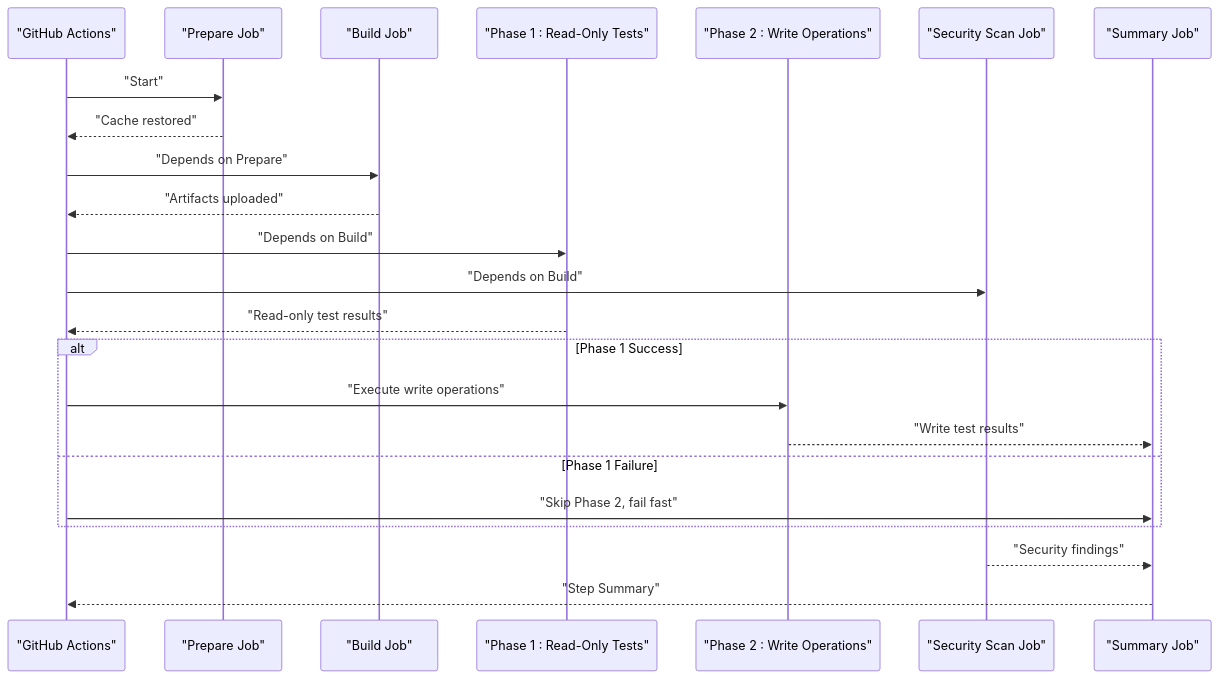
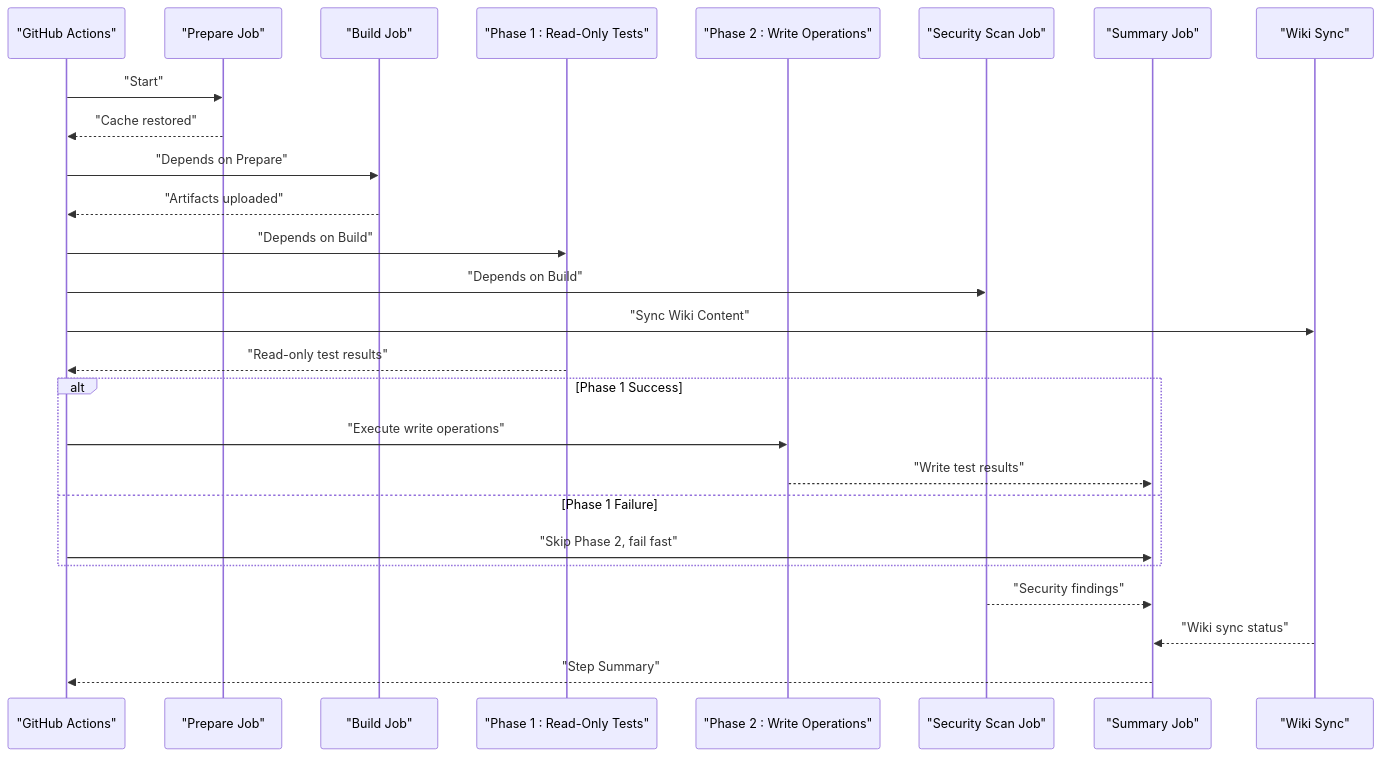
The third of 13 diagrams in .qoder/repowiki/en/content/Testing and Quality Assurance/Continuous Integration and Automation.md (debian777/kairos-mcp), drawn with Mermaid before and after one commit. The commit also changed other lines of this file and 22 other files, not shown here.

````diff
--- a/.qoder/repowiki/en/content/Testing and Quality Assurance/Continuous Integration and Automation.md
+++ b/.qoder/repowiki/en/content/Testing and Quality Assurance/Continuous Integration and Automation.md
@@ -256,25 +276,28 @@
 ```mermaid
 sequenceDiagram
 participant GH as "GitHub Actions"
 participant PREP as "Prepare Job"
 participant BUILD as "Build Job"
 participant PHASE1 as "Phase 1 : Read-Only Tests"
 participant PHASE2 as "Phase 2 : Write Operations"
 participant SEC as "Security Scan Job"
 participant SUM as "Summary Job"
+participant WIKI as "Wiki Sync"
 GH->>PREP : "Start"
 PREP-->>GH : "Cache restored"
 GH->>BUILD : "Depends on Prepare"
 BUILD-->>GH : "Artifacts uploaded"
 GH->>PHASE1 : "Depends on Build"
 GH->>SEC : "Depends on Build"
+GH->>WIKI : "Sync Wiki Content"
 PHASE1-->>GH : "Read-only test results"
 alt Phase 1 Success
 GH->>PHASE2 : "Execute write operations"
 PHASE2-->>SUM : "Write test results"
 else Phase 1 Failure
 GH->>SUM : "Skip Phase 2, fail fast"
 end
 SEC-->>SUM : "Security findings"
+WIKI-->>SUM : "Wiki sync status"
 SUM-->>GH : "Step Summary"
 ```
````
